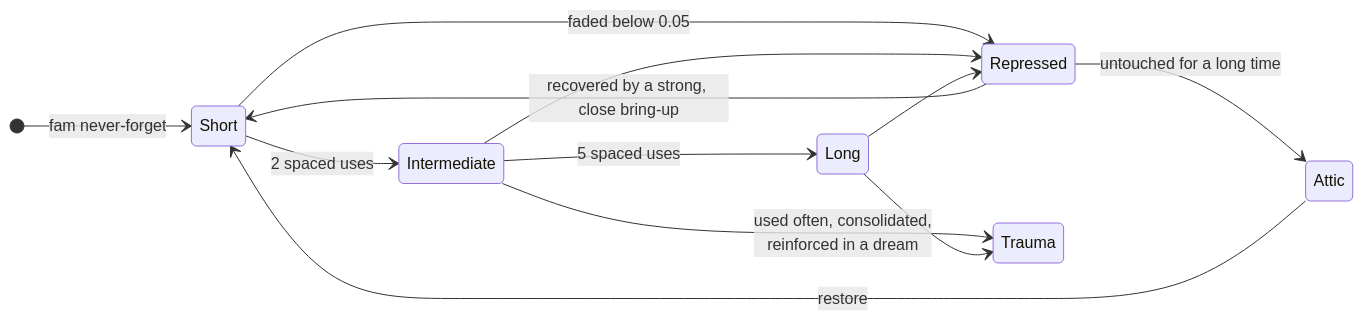
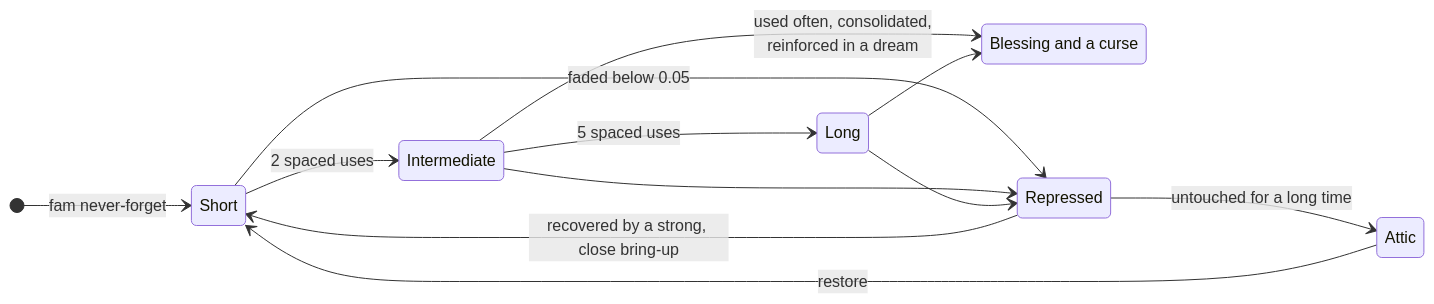
Before and after one commit to TheHaymaker/Ensemble-of-memories: the third of 5 diagrams in README.md, drawn with Mermaid. The commit also changed other lines of this file and 14 other files, not shown here.

````diff
--- a/README.md
+++ b/README.md
@@ -96,15 +96,16 @@
 ```mermaid
 stateDiagram-v2
     direction LR
+    state "Blessing and a curse" as Blessing
     [*] --> Short: fam never-forget
     Short --> Intermediate: 2 spaced uses
     Intermediate --> Long: 5 spaced uses
     Short --> Repressed: faded below 0.05
     Intermediate --> Repressed
     Long --> Repressed
     Repressed --> Short: recovered by a strong, close bring-up
     Repressed --> Attic: untouched for a long time
-    Intermediate --> Trauma: used often, consolidated,<br/>reinforced in a dream
-    Long --> Trauma
+    Intermediate --> Blessing: used often, consolidated,<br/>reinforced in a dream
+    Long --> Blessing
     Attic --> Short: restore
 ```
````
